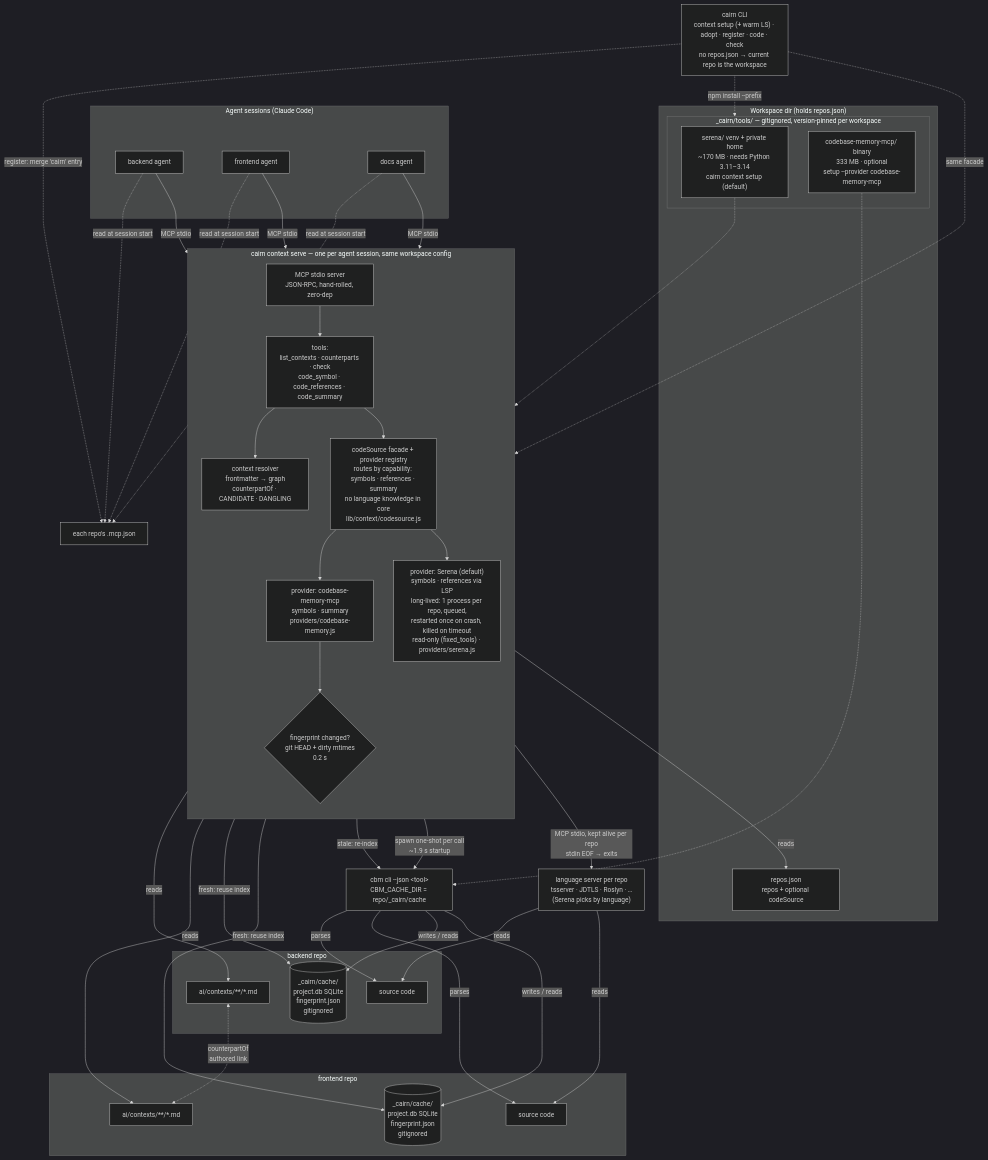
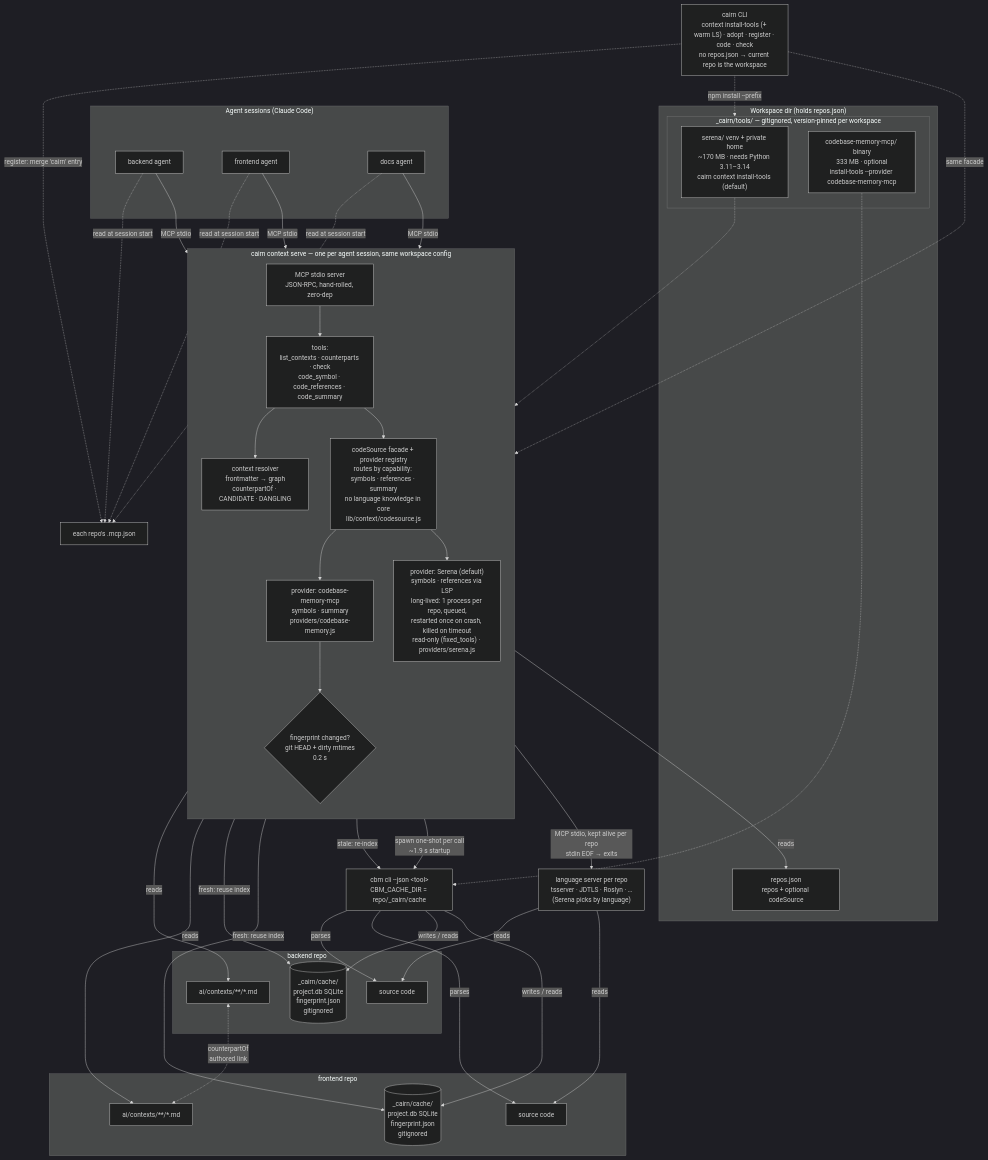
The diagram in infrastructure.mmd (StonePandaStudio/cairn), drawn with Mermaid (dark theme) before and after one commit. The commit also changed 8 other files, not shown here.

First line of the commit message:
context: rename `setup` to `install-tools`, keep `setup` as a silent alias

```diff
--- a/infrastructure.mmd
+++ b/infrastructure.mmd
@@ -1,64 +1,64 @@
 flowchart TB
     subgraph Agents["Agent sessions (Claude Code)"]
         A1["backend agent"]
         A2["frontend agent"]
         A3["docs agent"]
     end
 
     subgraph Serve["cairn context serve — one per agent session, same workspace config"]
         direction TB
         MCP["MCP stdio server<br/>JSON-RPC, hand-rolled, zero-dep"]
         TOOLS["tools:<br/>list_contexts · counterparts · check<br/>code_symbol · code_references · code_summary"]
         RES["context resolver<br/>frontmatter → graph<br/>counterpartOf · CANDIDATE · DANGLING"]
         CS["codeSource facade + provider registry<br/>routes by capability: symbols · references · summary<br/>no language knowledge in core<br/>lib/context/codesource.js"]
         PROV["provider: codebase-memory-mcp<br/>symbols · summary<br/>providers/codebase-memory.js"]
         SER["provider: Serena (default)<br/>symbols · references via LSP<br/>long-lived: 1 process per repo, queued,<br/>restarted once on crash, killed on timeout<br/>read-only (fixed_tools) · providers/serena.js"]
         GATE{"fingerprint changed?<br/>git HEAD + dirty mtimes<br/>0.2 s"}
         MCP --> TOOLS
         TOOLS --> RES
         TOOLS --> CS
         CS --> PROV
         CS --> SER
         PROV --> GATE
     end
 
     subgraph WS["Workspace dir (holds repos.json)"]
         CFG["repos.json<br/>repos + optional codeSource"]
         subgraph TOOLDIR["_cairn/tools/ — gitignored, version-pinned per workspace"]
-            SBIN["serena/ venv + private home<br/>~170 MB · needs Python 3.11–3.14<br/>cairn context setup (default)"]
-            BIN["codebase-memory-mcp/ binary<br/>333 MB · optional<br/>setup --provider codebase-memory-mcp"]
+            SBIN["serena/ venv + private home<br/>~170 MB · needs Python 3.11–3.14<br/>cairn context install-tools (default)"]
+            BIN["codebase-memory-mcp/ binary<br/>333 MB · optional<br/>install-tools --provider codebase-memory-mcp"]
         end
     end
 
     subgraph R1["backend repo"]
         D1["ai/contexts/**/*.md"]
         S1["source code"]
         C1[("_cairn/cache/<br/>project.db SQLite<br/>fingerprint.json<br/>gitignored")]
     end
 
     subgraph R2["frontend repo"]
         D2["ai/contexts/**/*.md"]
         S2["source code"]
         C2[("_cairn/cache/<br/>project.db SQLite<br/>fingerprint.json<br/>gitignored")]
     end
 
     A1 & A2 & A3 -- "MCP stdio" --> MCP
 
     RES -- "reads" --> CFG
     RES -- "reads" --> D1 & D2
     D1 <-. "counterpartOf<br/>authored link" .-> D2
 
     GATE -- "fresh: reuse index" --> C1 & C2
     GATE -- "stale: re-index" --> ONE
     PROV -- "spawn one-shot per call<br/>~1.9 s startup" --> ONE["cbm cli --json &lt;tool&gt;<br/>CBM_CACHE_DIR = repo/_cairn/cache"]
     BIN -.-> ONE
     SBIN -.-> SER
     SER -- "MCP stdio, kept alive per repo<br/>stdin EOF → exits" --> LS["language server per repo<br/>tsserver · JDTLS · Roslyn · …<br/>(Serena picks by language)"]
     LS -- "reads" --> S1 & S2
     ONE -- "parses" --> S1 & S2
     ONE -- "writes / reads" --> C1 & C2
 
-    CLI["cairn CLI<br/>context setup (+ warm LS) · adopt · register · code · check<br/>no repos.json → current repo is the workspace"] -. "same facade" .-> CS
+    CLI["cairn CLI<br/>context install-tools (+ warm LS) · adopt · register · code · check<br/>no repos.json → current repo is the workspace"] -. "same facade" .-> CS
     CLI -. "npm install --prefix" .-> TOOLDIR
     CLI -. "register: merge 'cairn' entry" .-> MCPJ["each repo's .mcp.json"]
     A1 & A2 & A3 -. "read at session start" .-> MCPJ
```
